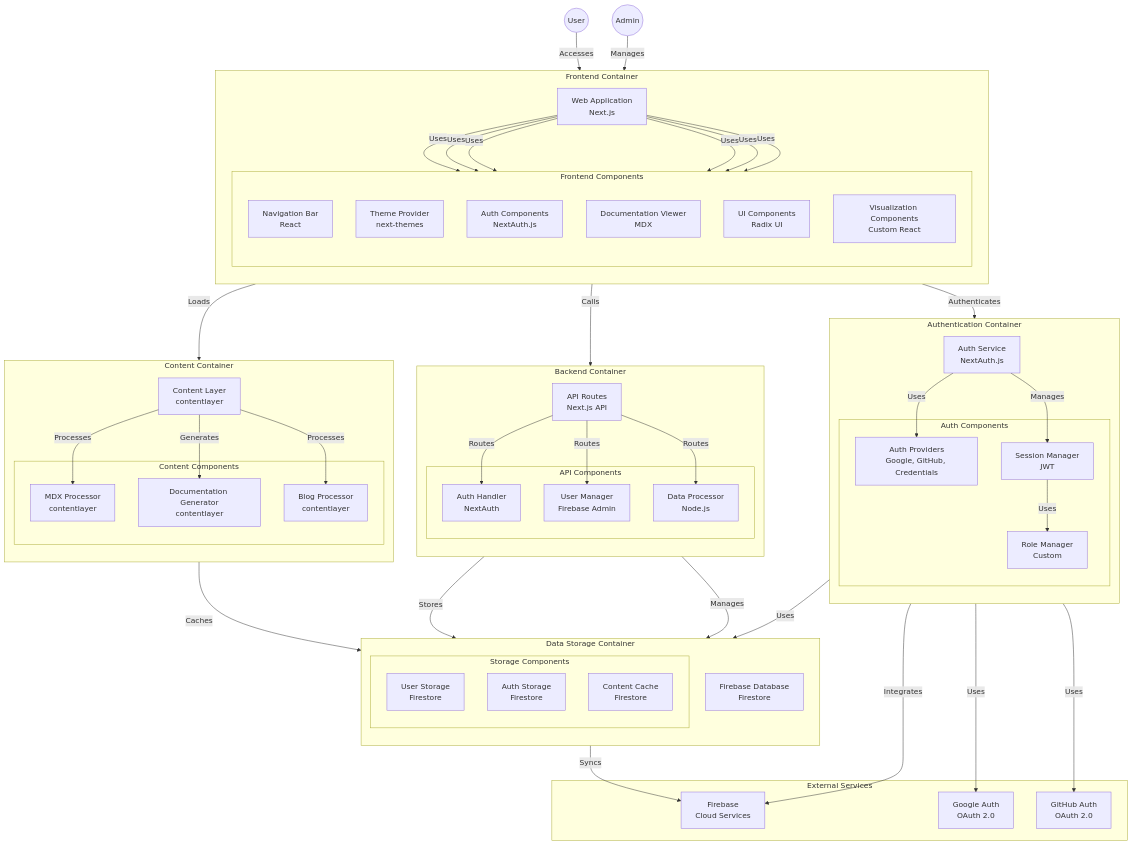
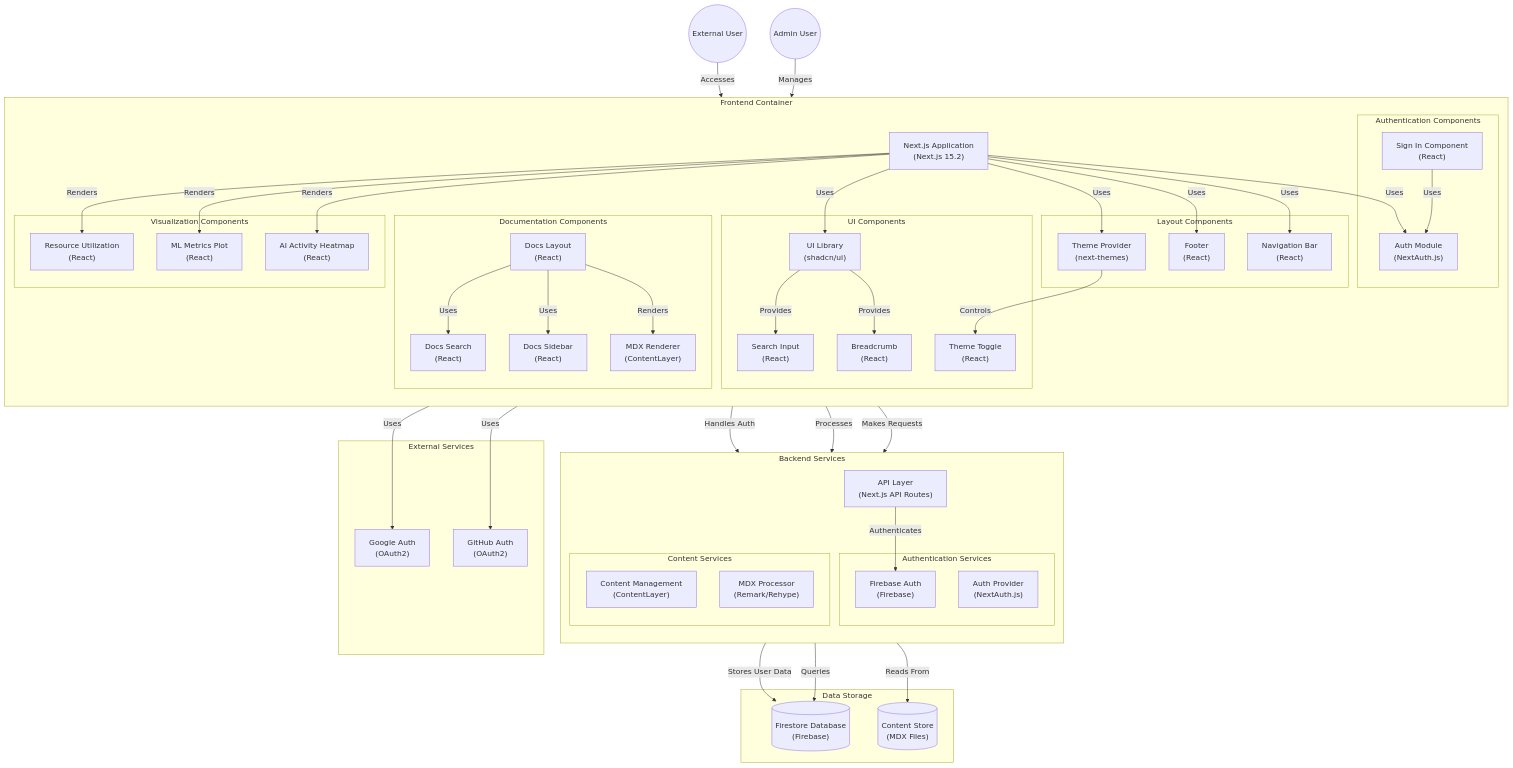
Before and after one commit to ssdeanx/deanmachines-front: the fourth of 5 diagrams in README.md, drawn with Mermaid.

Commit message:
feat(docs): update README with enhanced architecture diagram
Refactor the architecture diagram in the README to improve clarity
and detail. This includes renaming components for better understanding
and restructuring the flow to accurately represent user interactions
and component relationships.

````diff
--- a/README.md
+++ b/README.md
@@ -271,112 +271,108 @@
 ```mermaid
 graph TB
-    User((User))
-    Admin((Admin))
+    User((External User))
+    Admin((Admin User))
 
     subgraph "Frontend Container"
         direction TB
-        WebApp["Web Application<br>Next.js"]
+        NextApp["Next.js Application<br>(Next.js 15.2)"]
 
-        subgraph "Frontend Components"
-            direction TB
-            NavBar["Navigation Bar<br>React"]
-            ThemeProvider["Theme Provider<br>next-themes"]
-            AuthComponents["Auth Components<br>NextAuth.js"]
-            DocsViewer["Documentation Viewer<br>MDX"]
-            UIComponents["UI Components<br>Radix UI"]
-            Visualizations["Visualization Components<br>Custom React"]
+        subgraph "Layout Components"
+            NavBar["Navigation Bar<br>(React)"]
+            Footer["Footer<br>(React)"]
+            ThemeProvider["Theme Provider<br>(next-themes)"]
+        end
+
+        subgraph "Authentication Components"
+            AuthModule["Auth Module<br>(NextAuth.js)"]
+            SignIn["Sign In Component<br>(React)"]
+        end
+
+        subgraph "Documentation Components"
+            DocsLayout["Docs Layout<br>(React)"]
+            DocsSidebar["Docs Sidebar<br>(React)"]
+            DocsSearch["Docs Search<br>(React)"]
+            MDXRenderer["MDX Renderer<br>(ContentLayer)"]
+        end
+
+        subgraph "UI Components"
+            UILib["UI Library<br>(shadcn/ui)"]
+            ThemeToggle["Theme Toggle<br>(React)"]
+            Breadcrumb["Breadcrumb<br>(React)"]
+            SearchInput["Search Input<br>(React)"]
+        end
+
+        subgraph "Visualization Components"
+            AIHeatmap["AI Activity Heatmap<br>(React)"]
+            MLMetrics["ML Metrics Plot<br>(React)"]
+            ResourceUtil["Resource Utilization<br>(React)"]
         end
     end
 
-    subgraph "Authentication Container"
+    subgraph "Backend Services"
         direction TB
-        AuthService["Auth Service<br>NextAuth.js"]
+        APILayer["API Layer<br>(Next.js API Routes)"]
 
-        subgraph "Auth Components"
-            Providers["Auth Providers<br>Google, GitHub, Credentials"]
-            SessionManager["Session Manager<br>JWT"]
-            RoleManager["Role Manager<br>Custom"]
+        subgraph "Authentication Services"
+            FirebaseAuth["Firebase Auth<br>(Firebase)"]
+            AuthProvider["Auth Provider<br>(NextAuth.js)"]
+        end
+
+        subgraph "Content Services"
+            ContentLayer["Content Management<br>(ContentLayer)"]
+            MDXProcessor["MDX Processor<br>(Remark/Rehype)"]
         end
     end
 
-    subgraph "Backend Container"
-        direction TB
-        APIRoutes["API Routes<br>Next.js API"]
-
-        subgraph "API Components"
-            AuthHandler["Auth Handler<br>NextAuth"]
-            UserManager["User Manager<br>Firebase Admin"]
-            DataProcessor["Data Processor<br>Node.js"]
-        end
-    end
-
-    subgraph "Content Container"
-        direction TB
-        ContentLayer["Content Layer<br>contentlayer"]
-
-        subgraph "Content Components"
-            MDXProcessor["MDX Processor<br>contentlayer"]
-            DocGenerator["Documentation Generator<br>contentlayer"]
-            BlogProcessor["Blog Processor<br>contentlayer"]
-        end
-    end
-
-    subgraph "Data Storage Container"
-        direction TB
-        FirebaseDB["Firebase Database<br>Firestore"]
-
-        subgraph "Storage Components"
-            UserStore["User Storage<br>Firestore"]
-            AuthStore["Auth Storage<br>Firestore"]
-            ContentStore["Content Cache<br>Firestore"]
-        end
+    subgraph "Data Storage"
+        FirestoreDB[("Firestore Database<br>(Firebase)")]
+        ContentStore[("Content Store<br>(MDX Files)")]
     end
 
     subgraph "External Services"
-        Firebase["Firebase<br>Cloud Services"]
-        GoogleAuth["Google Auth<br>OAuth 2.0"]
-        GitHubAuth["GitHub Auth<br>OAuth 2.0"]
+        GoogleAuth["Google Auth<br>(OAuth2)"]
+        GitHubAuth["GitHub Auth<br>(OAuth2)"]
     end
 
     %% User Interactions
-    User -->|"Accesses"| WebApp
-    Admin -->|"Manages"| WebApp
+    User -->|"Accesses"| NextApp
+    Admin -->|"Manages"| NextApp
 
-    %% Frontend Connections
-    WebApp -->|"Uses"| NavBar
-    WebApp -->|"Uses"| ThemeProvider
-    WebApp -->|"Uses"| AuthComponents
-    WebApp -->|"Uses"| DocsViewer
-    WebApp -->|"Uses"| UIComponents
-    WebApp -->|"Uses"| Visualizations
+    %% Frontend Component Relationships
+    NextApp -->|"Uses"| NavBar
+    NextApp -->|"Uses"| Footer
+    NextApp -->|"Uses"| ThemeProvider
+    NextApp -->|"Uses"| AuthModule
+    NextApp -->|"Uses"| UILib
 
-    %% Auth Flow
-    WebApp -->|"Authenticates"| AuthService
-    AuthService -->|"Uses"| Providers
-    AuthService -->|"Manages"| SessionManager
-    SessionManager -->|"Uses"| RoleManager
+    %% Authentication Flow
+    AuthModule -->|"Handles Auth"| FirebaseAuth
+    AuthModule -->|"Uses"| GoogleAuth
+    AuthModule -->|"Uses"| GitHubAuth
+    SignIn -->|"Uses"| AuthModule
 
-    %% API Connections
-    WebApp -->|"Calls"| APIRoutes
-    APIRoutes -->|"Routes"| AuthHandler
-    APIRoutes -->|"Routes"| UserManager
-    APIRoutes -->|"Routes"| DataProcessor
+    %% Documentation Flow
+    DocsLayout -->|"Renders"| MDXRenderer
+    DocsLayout -->|"Uses"| DocsSidebar
+    DocsLayout -->|"Uses"| DocsSearch
+    MDXRenderer -->|"Processes"| ContentLayer
 
-    %% Content Management
-    WebApp -->|"Loads"| ContentLayer
-    ContentLayer -->|"Processes"| MDXProcessor
-    ContentLayer -->|"Generates"| DocGenerator
-    ContentLayer -->|"Processes"| BlogProcessor
+    %% Data Storage Relationships
+    FirebaseAuth -->|"Stores User Data"| FirestoreDB
+    ContentLayer -->|"Reads From"| ContentStore
 
-    %% Data Storage
-    AuthHandler -->|"Stores"| UserStore
-    UserManager -->|"Manages"| UserStore
-    AuthService -->|"Uses"| AuthStore
-    ContentLayer -->|"Caches"| ContentStore
+    %% API Interactions
+    NextApp -->|"Makes Requests"| APILayer
+    APILayer -->|"Authenticates"| FirebaseAuth
+    APILayer -->|"Queries"| FirestoreDB
 
-    %% External Service Connections
-    AuthService -->|"Integrates"| Firebase
-    Providers -->|"Uses"| GoogleAuth
-    Providers -->|"Uses"| GitHubAuth
-    FirebaseDB -->|"Syncs"| Firebase
+    %% Theme and UI
+    ThemeProvider -->|"Controls"| ThemeToggle
+    UILib -->|"Provides"| Breadcrumb
+    UILib -->|"Provides"| SearchInput
+
+    %% Visualization Components
+    NextApp -->|"Renders"| AIHeatmap
+    NextApp -->|"Renders"| MLMetrics
+    NextApp -->|"Renders"| ResourceUtil
 ```
````
